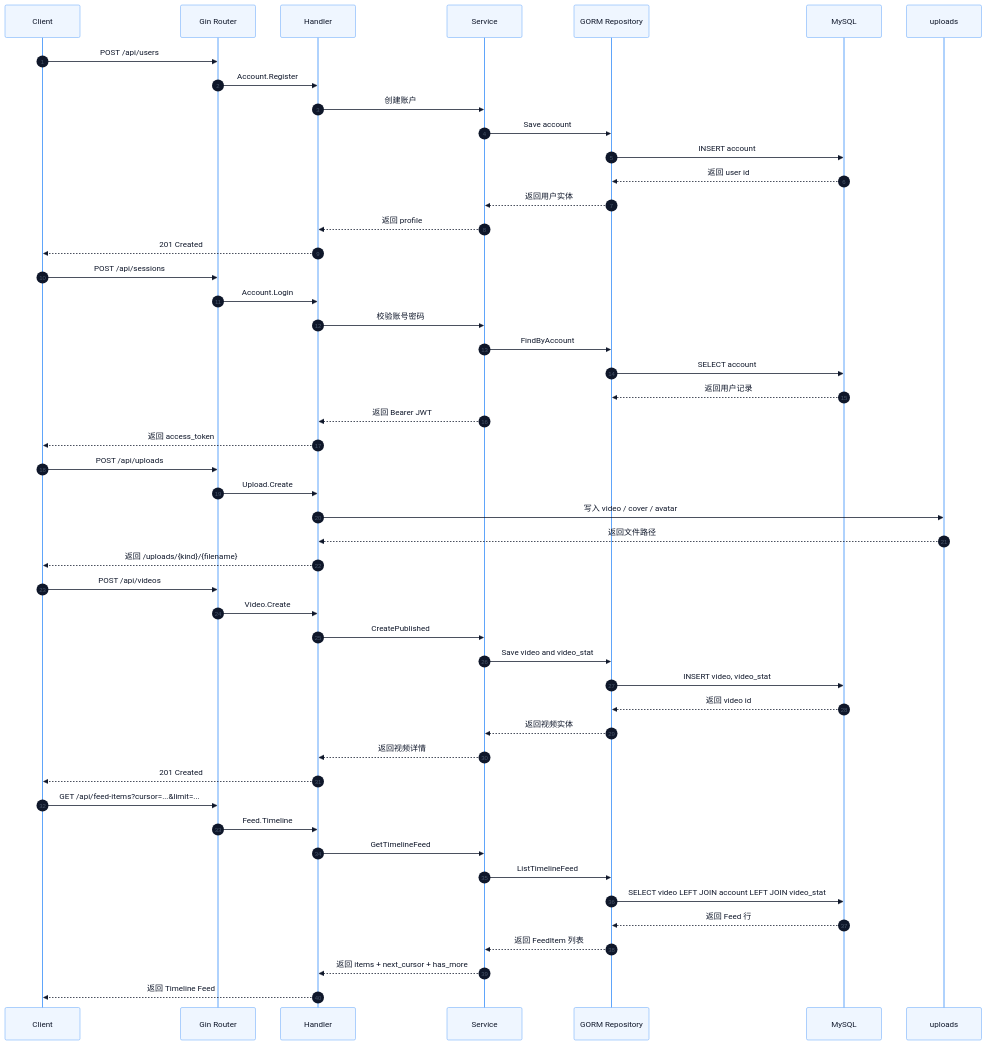
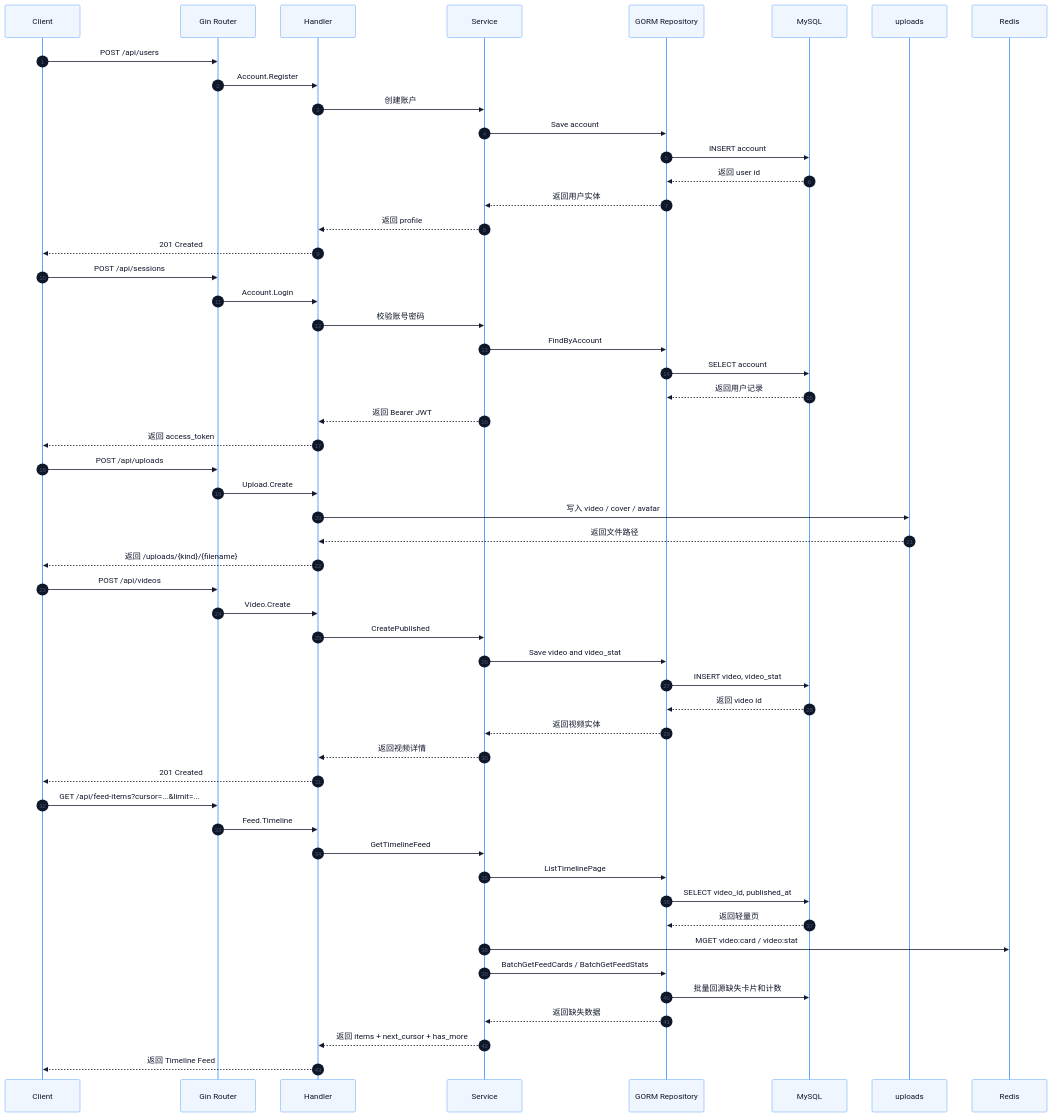
One commit to shiyudesu/frux changed the third of 5 diagrams in docs/architecture.md. Above: the diagram before and after it, drawn with Mermaid. The commit also changed 2 other files, not shown here.

Commit message:
docs(feed): 同步 Feed 缓存设计文档

````diff
--- a/docs/architecture.md
+++ b/docs/architecture.md
@@ -119,71 +119,74 @@
 ```mermaid
 ---
 config:
   theme: base
   themeVariables:
     background: transparent
     fontFamily: Inter, PingFang SC, Microsoft YaHei, Arial
     primaryTextColor: "#0F172A"
     actorBkg: "#EFF6FF"
     actorBorder: "#60A5FA"
     actorTextColor: "#0F172A"
     activationBkgColor: "#DCFCE7"
     activationBorderColor: "#22C55E"
     sequenceNumberColor: "#475569"
     lineColor: "#94A3B8"
 ---
 sequenceDiagram
   autonumber
   participant C as Client
   participant R as Gin Router
   participant H as Handler
   participant S as Service
   participant Repo as GORM Repository
   participant DB as MySQL
   participant FS as uploads
 
   C->>R: POST /api/users
   R->>H: Account.Register
   H->>S: 创建账户
   S->>Repo: Save account
   Repo->>DB: INSERT account
   DB-->>Repo: 返回 user id
   Repo-->>S: 返回用户实体
   S-->>H: 返回 profile
   H-->>C: 201 Created
 
   C->>R: POST /api/sessions
   R->>H: Account.Login
   H->>S: 校验账号密码
   S->>Repo: FindByAccount
   Repo->>DB: SELECT account
   DB-->>Repo: 返回用户记录
   S-->>H: 返回 Bearer JWT
   H-->>C: 返回 access_token
 
   C->>R: POST /api/uploads
   R->>H: Upload.Create
   H->>FS: 写入 video / cover / avatar
   FS-->>H: 返回文件路径
   H-->>C: 返回 /uploads/{kind}/{filename}
 
   C->>R: POST /api/videos
   R->>H: Video.Create
   H->>S: CreatePublished
   S->>Repo: Save video and video_stat
   Repo->>DB: INSERT video, video_stat
   DB-->>Repo: 返回 video id
   Repo-->>S: 返回视频实体
   S-->>H: 返回视频详情
   H-->>C: 201 Created
 
   C->>R: GET /api/feed-items?cursor=...&limit=...
   R->>H: Feed.Timeline
   H->>S: GetTimelineFeed
-  S->>Repo: ListTimelineFeed
-  Repo->>DB: SELECT video LEFT JOIN account LEFT JOIN video_stat
-  DB-->>Repo: 返回 Feed 行
-  Repo-->>S: 返回 FeedItem 列表
+  S->>Repo: ListTimelinePage
+  Repo->>DB: SELECT video_id, published_at
+  DB-->>Repo: 返回轻量页
+  S->>Redis: MGET video:card / video:stat
+  S->>Repo: BatchGetFeedCards / BatchGetFeedStats
+  Repo->>DB: 批量回源缺失卡片和计数
+  Repo-->>S: 返回缺失数据
   S-->>H: 返回 items + next_cursor + has_more
   H-->>C: 返回 Timeline Feed
 ```
````
